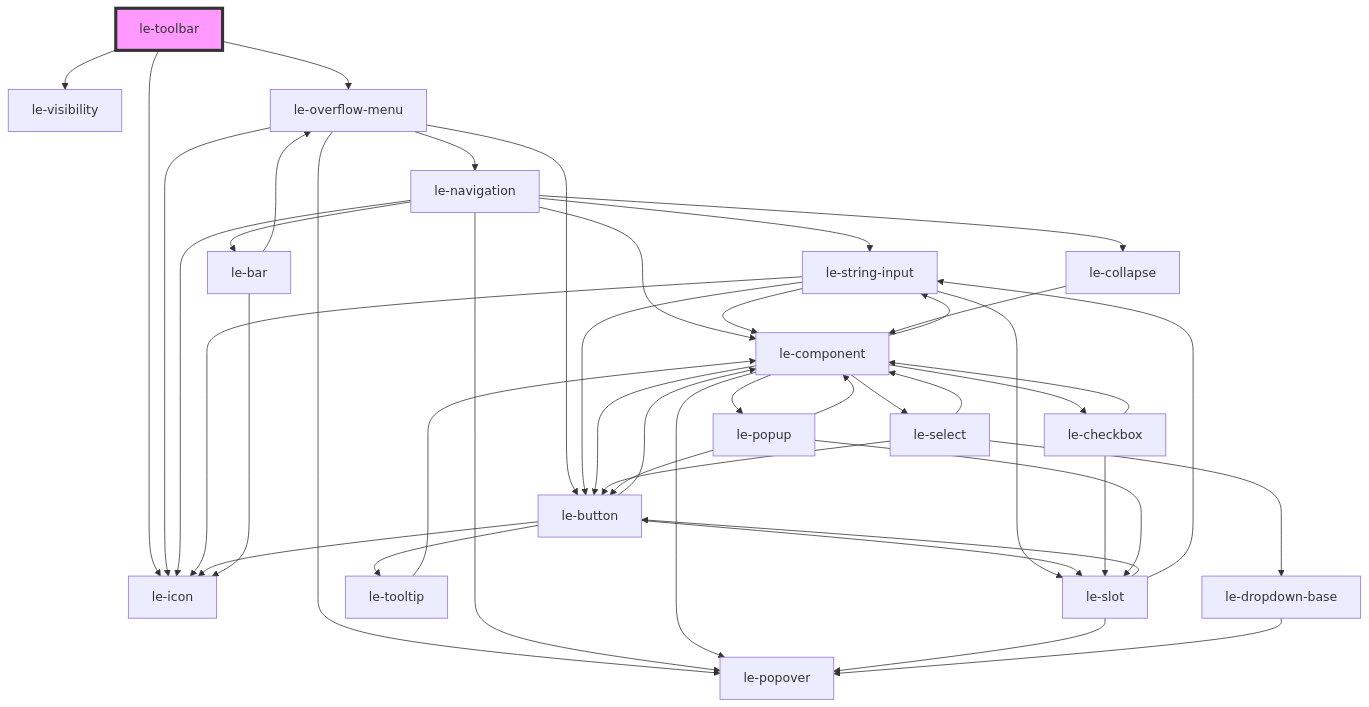
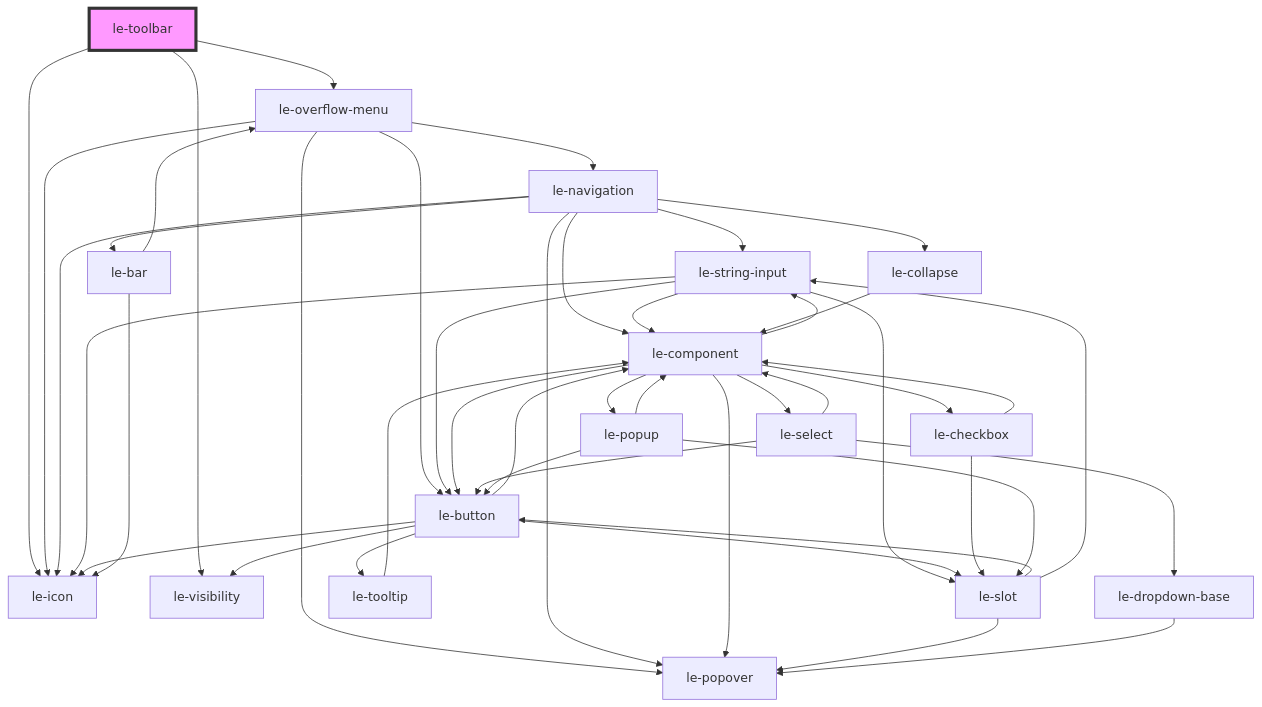
The diagram in packages/core/src/components/le-toolbar/readme.md (leechy/le-kit), drawn with Mermaid before and after one commit. The commit also changed 35 other files, not shown here.

````diff
--- a/packages/core/src/components/le-toolbar/readme.md
+++ b/packages/core/src/components/le-toolbar/readme.md
@@ -98,47 +98,48 @@
 ```mermaid
 graph TD;
   le-toolbar --> le-icon
   le-toolbar --> le-visibility
   le-toolbar --> le-overflow-menu
   le-overflow-menu --> le-navigation
   le-overflow-menu --> le-popover
   le-overflow-menu --> le-button
   le-overflow-menu --> le-icon
   le-navigation --> le-string-input
   le-navigation --> le-icon
   le-navigation --> le-collapse
   le-navigation --> le-popover
   le-navigation --> le-bar
   le-navigation --> le-component
   le-string-input --> le-component
   le-string-input --> le-button
   le-string-input --> le-icon
   le-string-input --> le-slot
   le-component --> le-button
   le-component --> le-select
   le-component --> le-checkbox
   le-component --> le-string-input
   le-component --> le-popover
   le-component --> le-popup
   le-button --> le-icon
+  le-button --> le-visibility
   le-button --> le-slot
   le-button --> le-component
   le-button --> le-tooltip
   le-slot --> le-popover
   le-slot --> le-button
   le-slot --> le-string-input
   le-tooltip --> le-component
   le-select --> le-component
   le-select --> le-dropdown-base
   le-select --> le-button
   le-dropdown-base --> le-popover
   le-checkbox --> le-component
   le-checkbox --> le-slot
   le-popup --> le-slot
   le-popup --> le-button
   le-popup --> le-component
   le-collapse --> le-component
   le-bar --> le-icon
   le-bar --> le-overflow-menu
   style le-toolbar fill:#f9f,stroke:#333,stroke-width:4px
 ```
````
